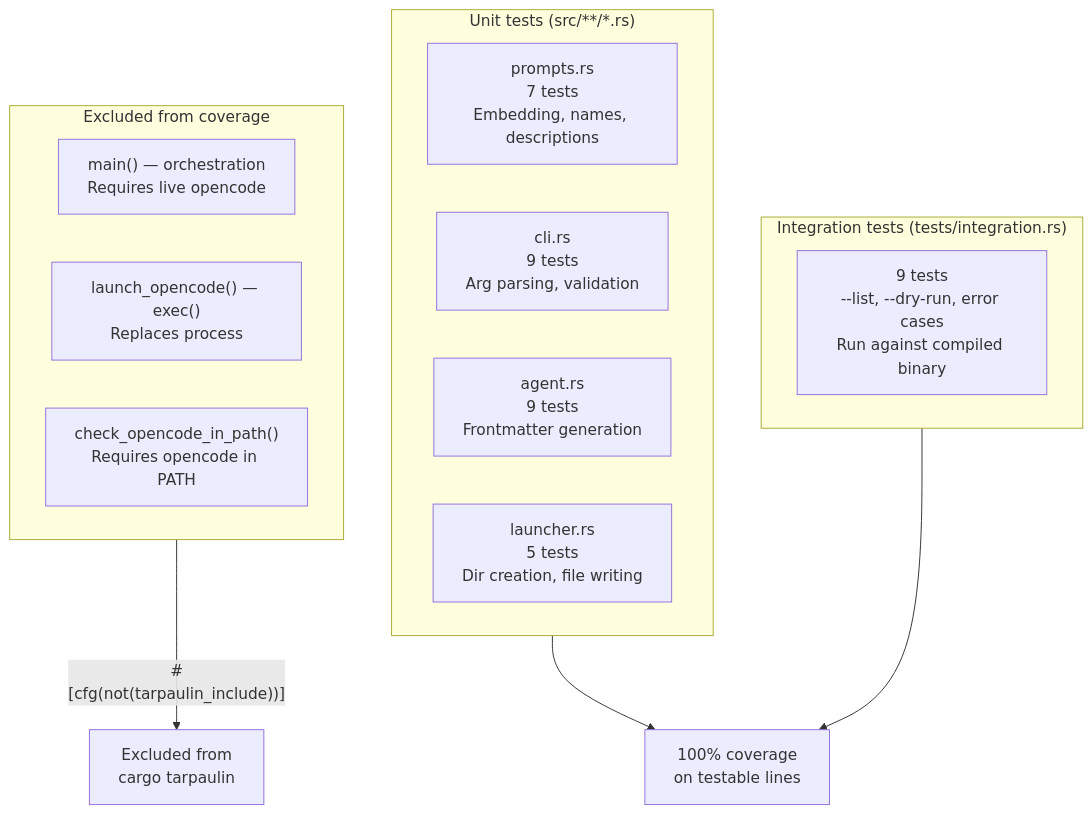
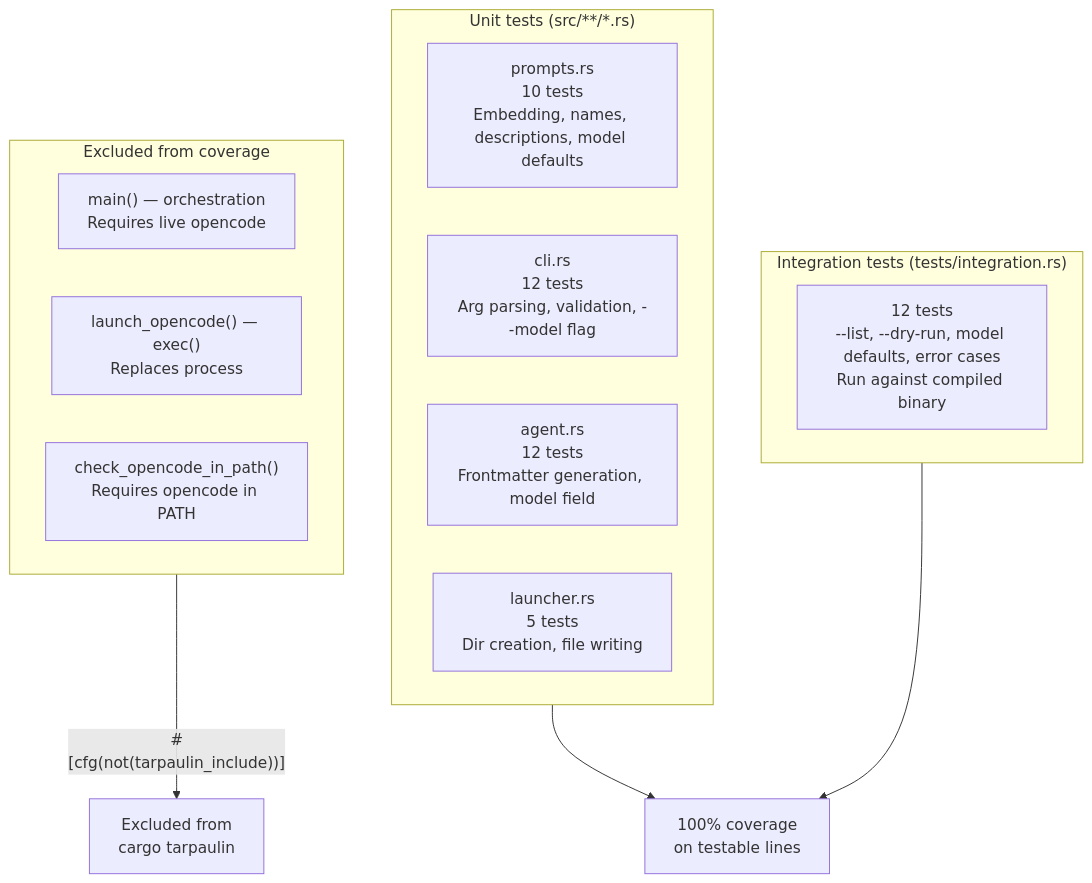
One commit to vansweej/architecture_prompts changed the ninth of 9 diagrams in docs/architecture.md. Above: the diagram before and after it, drawn with Mermaid. The commit also changed other lines of this file and 7 other files, not shown here.

First line of the commit message:
feat: add per-persona model defaults with --model override

````diff
--- a/docs/architecture.md
+++ b/docs/architecture.md
@@ -306,23 +336,23 @@
 ```mermaid
 flowchart TD
     subgraph unit["Unit tests (src/**/*.rs)"]
-        U1["prompts.rs\n7 tests\nEmbedding, names, descriptions"]
-        U2["cli.rs\n9 tests\nArg parsing, validation"]
-        U3["agent.rs\n9 tests\nFrontmatter generation"]
+        U1["prompts.rs\n10 tests\nEmbedding, names, descriptions, model defaults"]
+        U2["cli.rs\n12 tests\nArg parsing, validation, --model flag"]
+        U3["agent.rs\n12 tests\nFrontmatter generation, model field"]
         U4["launcher.rs\n5 tests\nDir creation, file writing"]
     end
 
     subgraph integration["Integration tests (tests/integration.rs)"]
-        I1["9 tests\n--list, --dry-run, error cases\nRun against compiled binary"]
+        I1["12 tests\n--list, --dry-run, model defaults, error cases\nRun against compiled binary"]
     end
 
     subgraph excluded["Excluded from coverage"]
         X1["main() — orchestration\nRequires live opencode"]
         X2["launch_opencode() — exec()\nReplaces process"]
         X3["check_opencode_in_path()\nRequires opencode in PATH"]
     end
 
     unit --> coverage["100% coverage\non testable lines"]
     integration --> coverage
     excluded -->|"#[cfg(not(tarpaulin_include))]"| skip["Excluded from\ncargo tarpaulin"]
 ```
````
